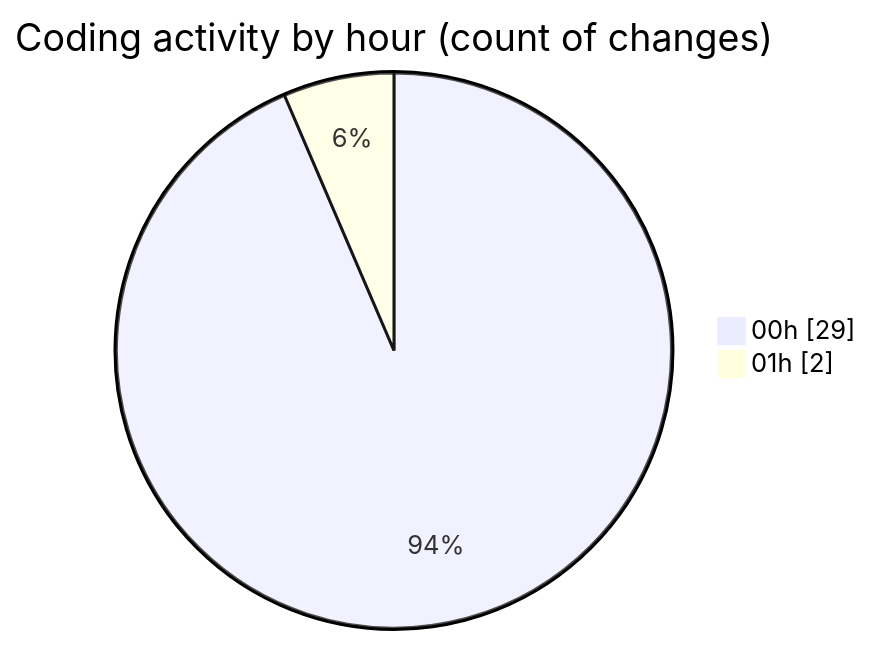
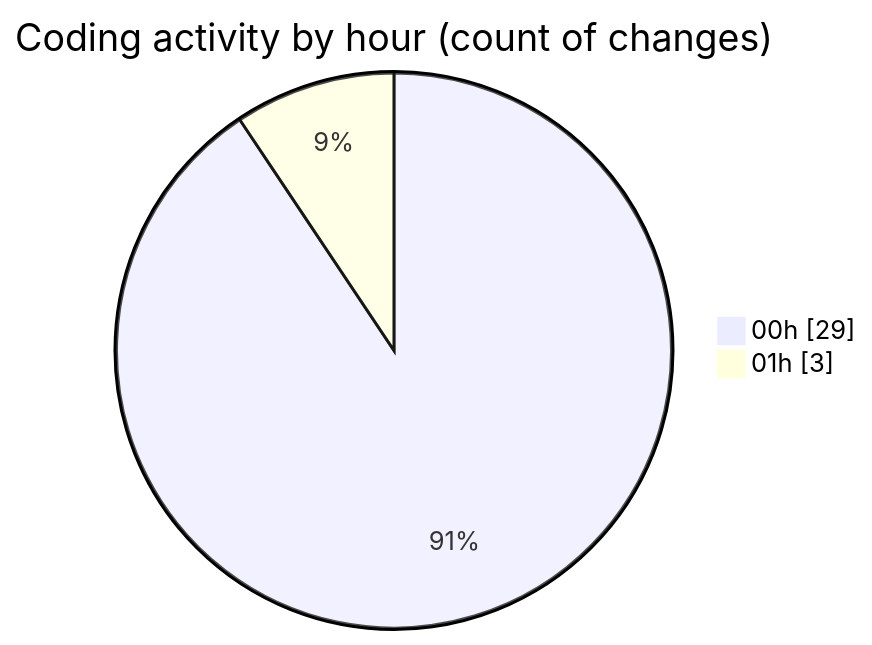
The second of 2 diagrams in 2026-02-22/nxtqube_webapp/README.md (nxtqubesakshisongat/code-tracking), drawn with Mermaid before and after one commit. The commit also changed other lines of this file and 1 other file, not shown here.

````diff
--- a/2026-02-22/nxtqube_webapp/README.md
+++ b/2026-02-22/nxtqube_webapp/README.md
@@ -28,6 +28,6 @@
 ```mermaid
 pie showData
 title Coding activity by hour (count of changes)
 "00h" : 29
-"01h" : 2
+"01h" : 3
 ```
````
